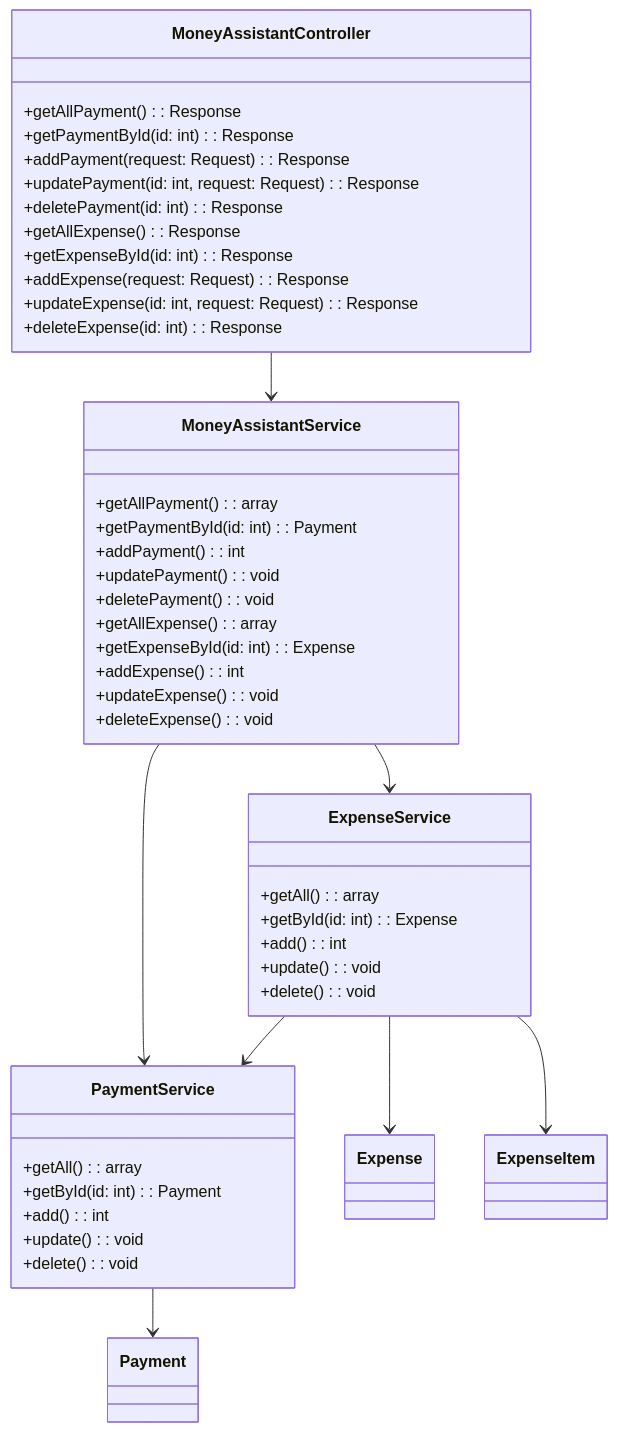
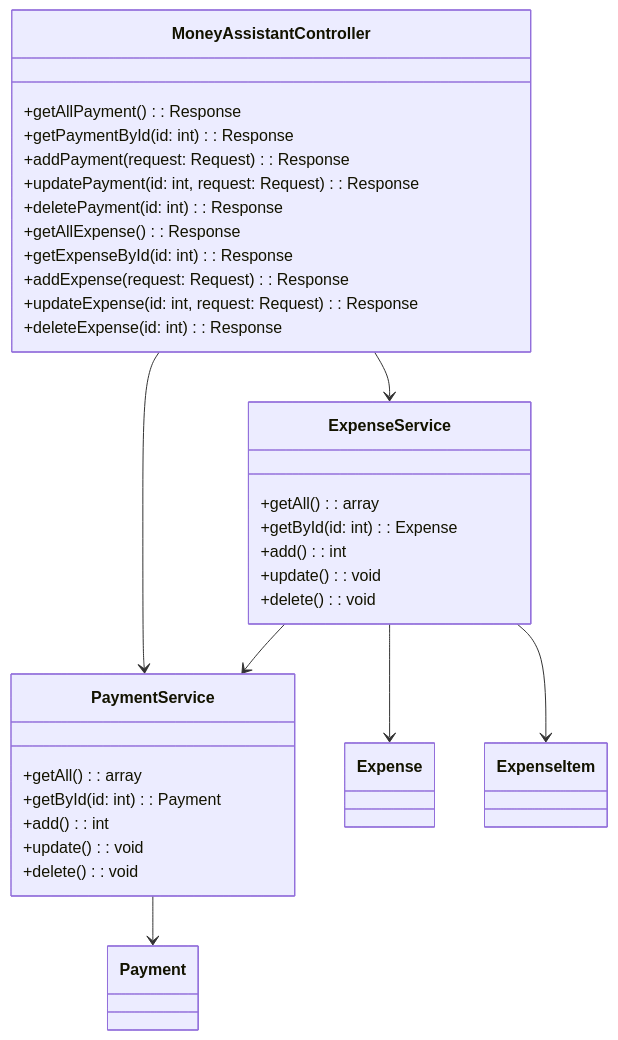
The third of 4 diagrams in Doc/MoneyAssistant.md (PONzu-0529/ponzu0529-niconico), drawn with Mermaid before and after one commit. The commit also changed other lines of this file, not shown here.

Commit message:
Update Document for MoneyAssistant

````diff
--- a/Doc/MoneyAssistant.md
+++ b/Doc/MoneyAssistant.md
@@ -106,62 +102,47 @@
 ```mermaid
 classDiagram
   class MoneyAssistantController {
     +getAllPayment(): Response
     +getPaymentById(id: int): Response
     +addPayment(request: Request): Response
     +updatePayment(id: int, request: Request): Response
     +deletePayment(id: int): Response
 
     +getAllExpense(): Response
     +getExpenseById(id: int): Response
     +addExpense(request: Request): Response
     +updateExpense(id: int, request: Request): Response
     +deleteExpense(id: int): Response
-  }
-
-  class MoneyAssistantService {
-    +getAllPayment(): array
-    +getPaymentById(id: int): Payment
-    +addPayment(): int
-    +updatePayment(): void
-    +deletePayment(): void
-
-    +getAllExpense(): array
-    +getExpenseById(id: int): Expense
-    +addExpense(): int
-    +updateExpense(): void
-    +deleteExpense(): void
   }
 
   class PaymentService {
     +getAll(): array
     +getById(id: int): Payment
     +add(): int
     +update(): void
     +delete(): void
   }
 
   class ExpenseService {
     +getAll(): array
     +getById(id: int): Expense
     +add(): int
     +update(): void
     +delete(): void
   }
 
   class Payment
 
   class Expense
 
   class ExpenseItem
 
-  MoneyAssistantController --> MoneyAssistantService
+  MoneyAssistantController --> PaymentService
+  MoneyAssistantController --> ExpenseService
 
-  MoneyAssistantService --> PaymentService
-  MoneyAssistantService --> ExpenseService
   ExpenseService --> PaymentService
 
   PaymentService --> Payment
   ExpenseService --> Expense
   ExpenseService --> ExpenseItem
 ```
````
